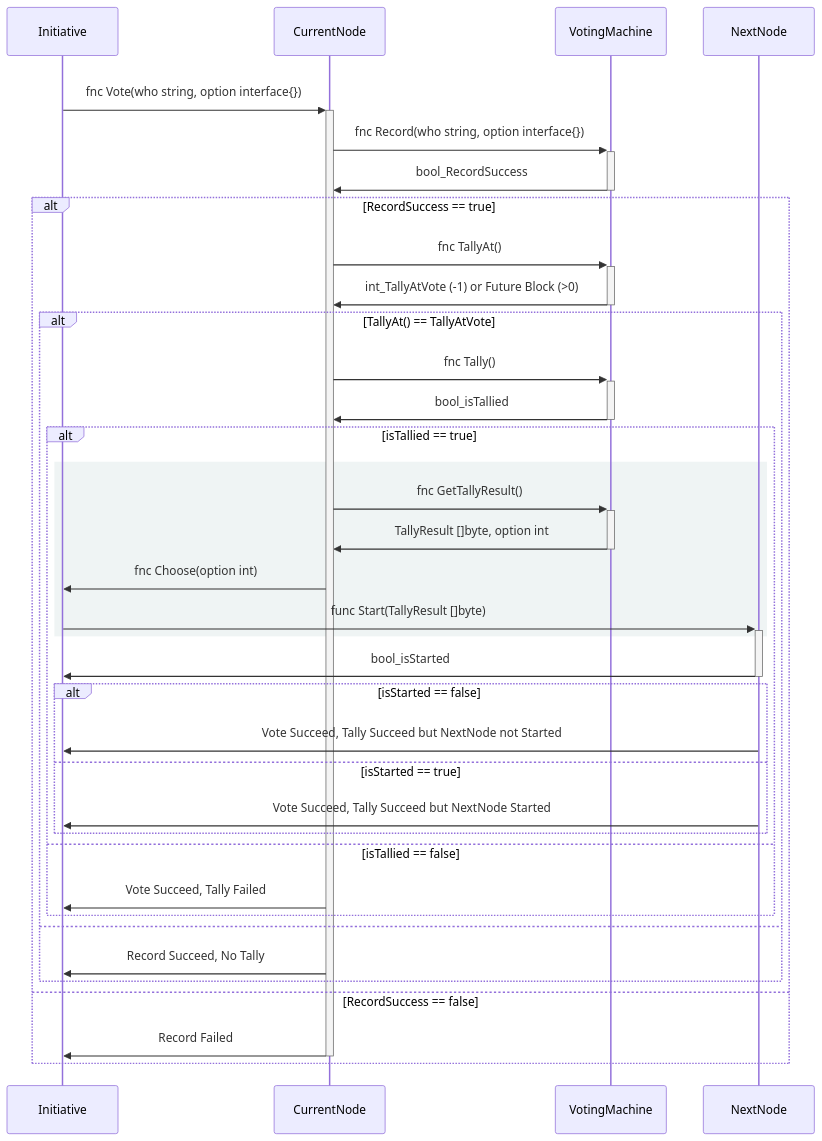
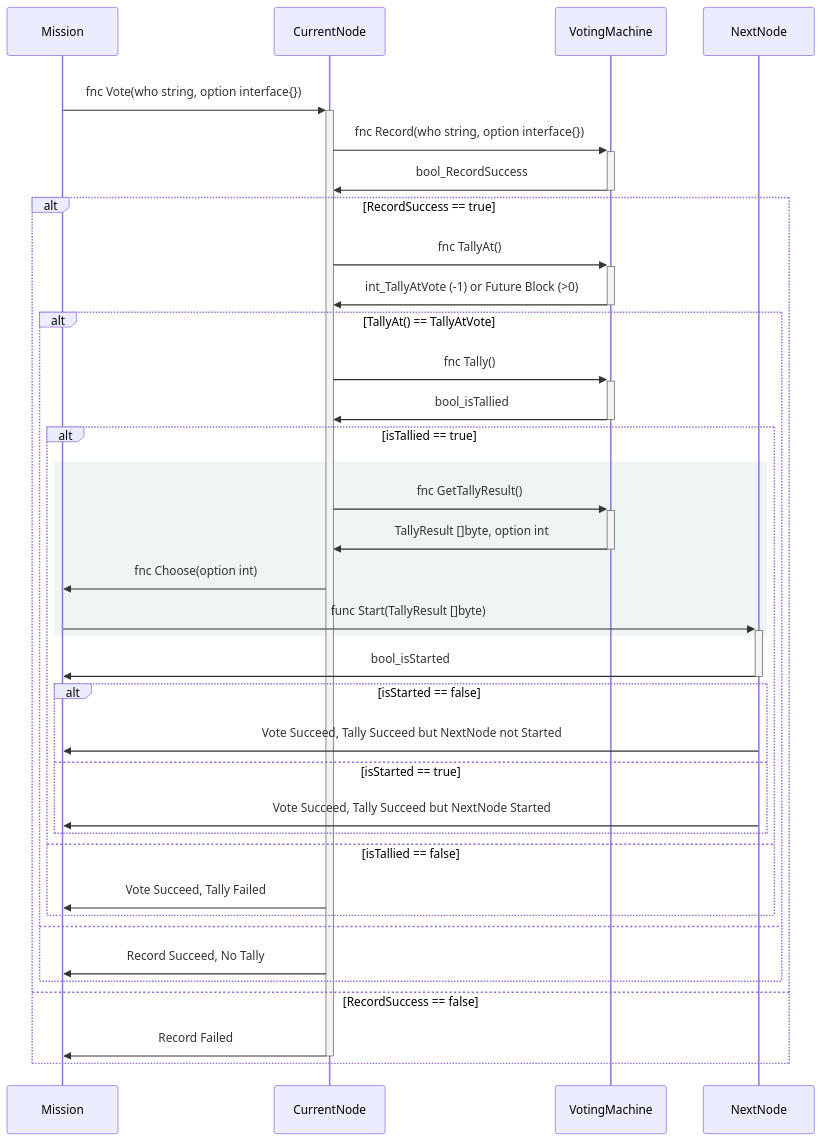
Before and after one commit to cattermelon-xyz/chain-mvp: the diagram in assets/Logic.md, drawn with Mermaid. The commit also changed other lines of this file and 5 other files, not shown here.

Commit message:
change Initiative to Mission

````diff
--- a/assets/Logic.md
+++ b/assets/Logic.md
@@ -52,39 +52,39 @@
   ```mermaid
     sequenceDiagram
     rect rgb(255,255,255)
-    Initiative ->>+ CurrentNode: fnc Vote(who string, option interface{})
+    Mission ->>+ CurrentNode: fnc Vote(who string, option interface{})
     CurrentNode ->>+ VotingMachine: fnc Record(who string, option interface{})
     VotingMachine ->>- CurrentNode: bool_RecordSuccess
     alt RecordSuccess == true
     CurrentNode ->>+ VotingMachine: fnc TallyAt()
         VotingMachine ->>- CurrentNode: int_TallyAtVote (-1) or Future Block (>0)
         alt TallyAt() == TallyAtVote
             CurrentNode ->>+ VotingMachine: fnc Tally()
             VotingMachine ->>- CurrentNode: bool_isTallied
             alt isTallied == true
             rect rgb(100, 150, 150, .1)
             CurrentNode ->>+ VotingMachine: fnc GetTallyResult()
             VotingMachine ->>- CurrentNode: TallyResult []byte, option int
             %% how to choose from TallyResult []byte ???
-            CurrentNode ->> Initiative: fnc Choose(option int)
-            Initiative ->>+ NextNode: func Start(TallyResult []byte)
+            CurrentNode ->> Mission: fnc Choose(option int)
+            Mission ->>+ NextNode: func Start(TallyResult []byte)
             end
-            NextNode ->>- Initiative: bool_isStarted
+            NextNode ->>- Mission: bool_isStarted
                 alt isStarted == false
-                    NextNode ->> Initiative: Vote Succeed, Tally Succeed but NextNode not Started
+                    NextNode ->> Mission: Vote Succeed, Tally Succeed but NextNode not Started
                 else isStarted == true
-                    NextNode ->> Initiative: Vote Succeed, Tally Succeed but NextNode Started
+                    NextNode ->> Mission: Vote Succeed, Tally Succeed but NextNode Started
                 end
             
             else isTallied == false
-                CurrentNode ->> Initiative: Vote Succeed, Tally Failed
+                CurrentNode ->> Mission: Vote Succeed, Tally Failed
             end
         else
-            CurrentNode ->> Initiative: Record Succeed, No Tally
+            CurrentNode ->> Mission: Record Succeed, No Tally
         end
     else RecordSuccess == false
-        CurrentNode ->>- Initiative: Record Failed
+        CurrentNode ->>- Mission: Record Failed
     end
   end
 
   ```
````
